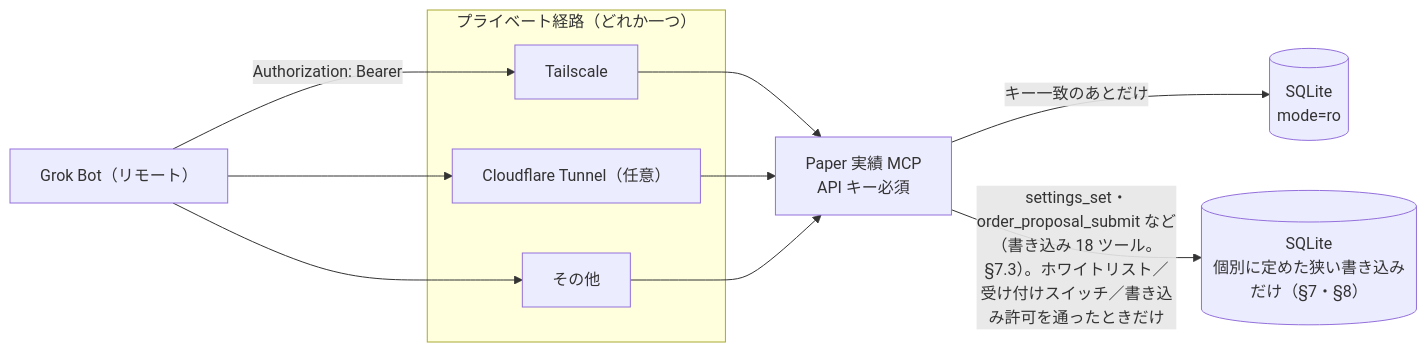
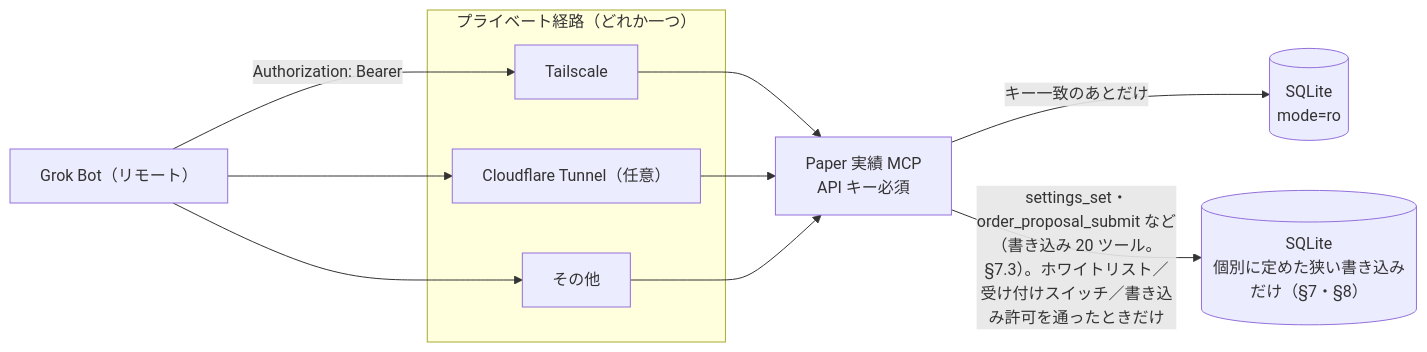
The diagram in docs/architecture/paper-results-mcp.md (ousiassllc/pitha-trador), drawn with Mermaid before and after one commit. The commit also changed other lines of this file and 5 other files, not shown here.

````diff
--- a/docs/architecture/paper-results-mcp.md
+++ b/docs/architecture/paper-results-mcp.md
@@ -11,20 +11,20 @@
 ```mermaid
 flowchart LR
     Grok["Grok Bot（リモート）"]
     subgraph path["プライベート経路（どれか一つ）"]
         TS["Tailscale"]
         CF["Cloudflare Tunnel（任意）"]
         OT["その他"]
     end
     MCP["Paper 実績 MCP\nAPI キー必須"]
     DB[("SQLite\nmode=ro")]
     DBW[("SQLite\n個別に定めた狭い書き込みだけ（§7・§8）")]
     Grok -->|"Authorization: Bearer"| TS
     Grok --> CF
     Grok --> OT
     TS --> MCP
     CF --> MCP
     OT --> MCP
     MCP -->|"キー一致のあとだけ"| DB
-    MCP -->|"settings_set・order_proposal_submit など（書き込み 18 ツール。§7.3）。ホワイトリスト／受け付けスイッチ／書き込み許可を通ったときだけ"| DBW
+    MCP -->|"settings_set・order_proposal_submit など（書き込み 20 ツール。§7.3）。ホワイトリスト／受け付けスイッチ／書き込み許可を通ったときだけ"| DBW
 ```
````
